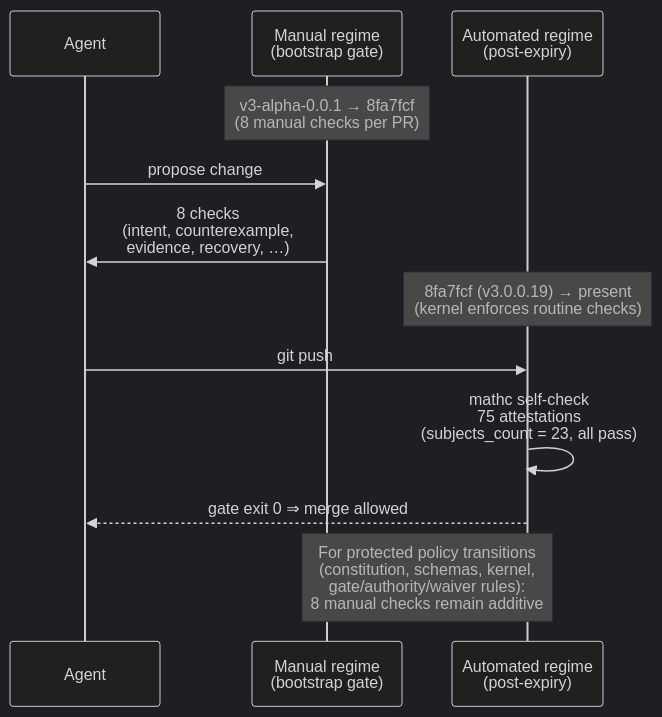
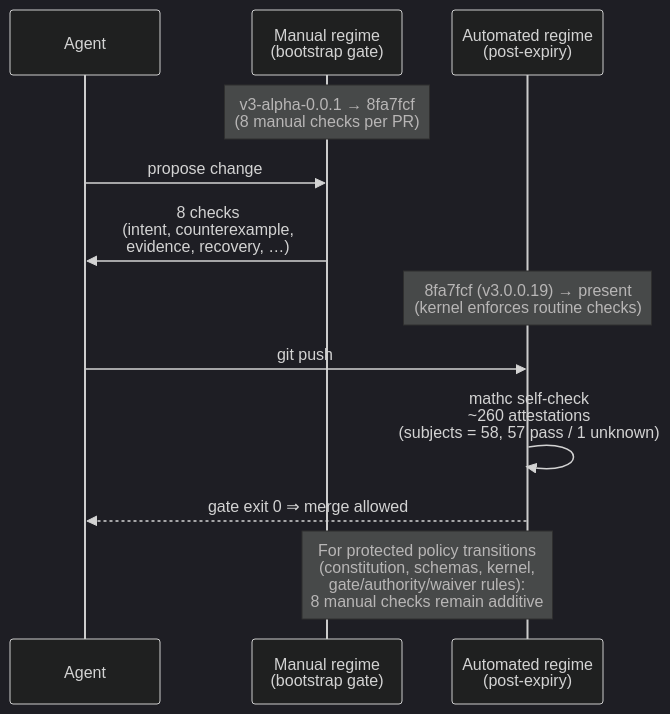
Before and after one commit to 11111000000/math-coding: the diagram in site/bootstrap-gate.md, drawn with Mermaid (dark theme). The commit also changed other lines of this file and 13 other files, not shown here.

````diff
--- a/site/bootstrap-gate.md
+++ b/site/bootstrap-gate.md
@@ -55,19 +61,19 @@
 ```mermaid
 sequenceDiagram
     participant Agent
     participant Manual as Manual regime<br/>(bootstrap gate)
     participant Auto as Automated regime<br/>(post-expiry)
 
     Note over Manual: v3-alpha-0.0.1 → 8fa7fcf<br/>(8 manual checks per PR)
 
     Agent->>Manual: propose change
     Manual->>Agent: 8 checks<br/>(intent, counterexample,<br/>evidence, recovery, …)
 
     Note over Auto: 8fa7fcf (v3.0.0.19) → present<br/>(kernel enforces routine checks)
 
     Agent->>Auto: git push
-    Auto->>Auto: mathc self-check<br/>75 attestations<br/>(subjects_count = 23, all pass)
+    Auto->>Auto: mathc self-check<br/>~260 attestations<br/>(subjects = 58, 57 pass / 1 unknown)
     Auto-->>Agent: gate exit 0 ⇒ merge allowed
 
     Note over Manual,Auto: For protected policy transitions<br/>(constitution, schemas, kernel,<br/>gate/authority/waiver rules):<br/>8 manual checks remain additive
 ```
````
